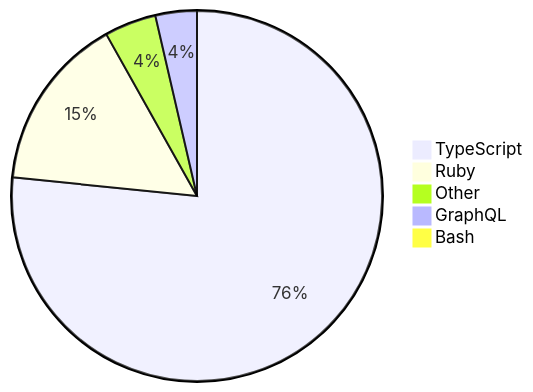
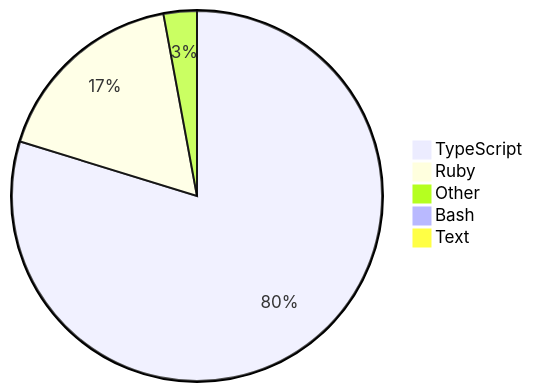
The diagram in README.md (skvggor/skvggor), drawn with Mermaid before and after one commit.

Commit message:
Updated waka-readme graph with new metrics

````diff
--- a/README.md
+++ b/README.md
@@ -16,8 +16,8 @@
 ```mermaid
 pie
-    "TypeScript" : 76.3
-    "Ruby" : 15.2
-    "Other" : 4.5
-    "GraphQL" : 3.6
-    "Bash" : 0.5
+    "TypeScript" : 79.6
+    "Ruby" : 17.3
+    "Other" : 2.9
+    "Bash" : 0.2
+    "Text" : 0.0
 ```
````
